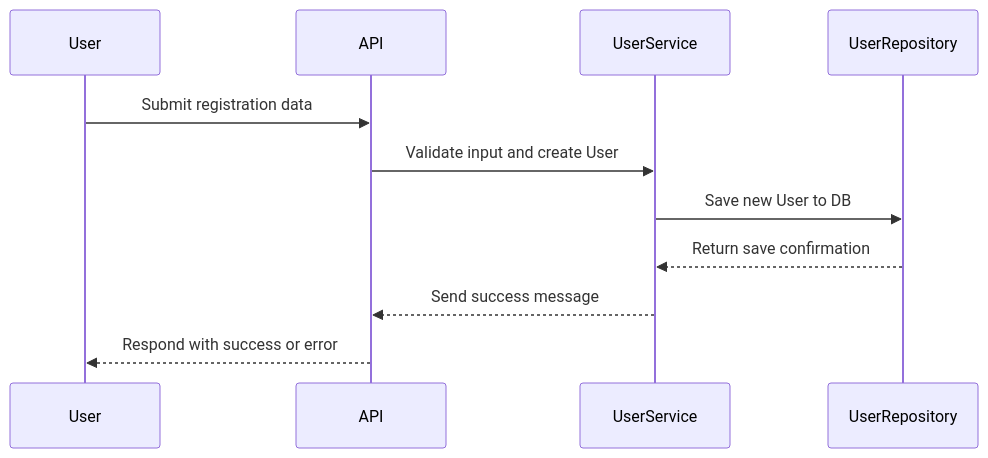
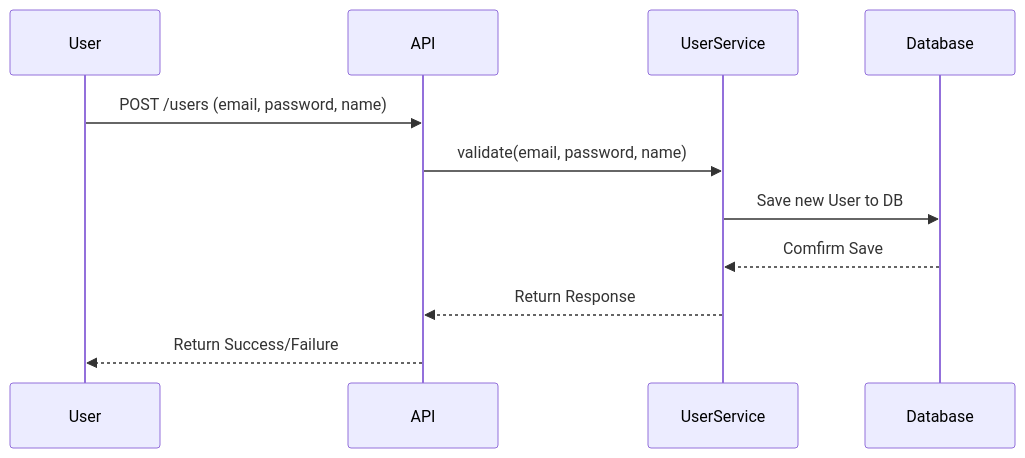
One commit to Roullito/holbertonschool-hbnb changed the third of 6 diagrams in part1/3_Documentation_Compilation.md. Above: the diagram before and after it, drawn with Mermaid. The commit also changed other lines of this file, not shown here.

Commit message:
fix: Sequence Diagrams – API Interaction Flow

````diff
--- a/part1/3_Documentation_Compilation.md
+++ b/part1/3_Documentation_Compilation.md
@@ -131,14 +131,15 @@
 ```mermaid
 sequenceDiagram
-participant User
-participant API
-participant UserService
-participant UserRepository
+    participant User
+    participant API
+    participant UserService
+    participant Database
 
-User ->> API: Submit registration data
-API ->> UserService: Validate input and create User
-UserService ->> UserRepository: Save new User to DB
-UserRepository -->> UserService: Return save confirmation
-UserService -->> API: Send success message
-API -->> User: Respond with success or error
+    User->>API: POST /users (email, password, name)
+    API->>UserService: validate(email, password, name)
+    UserService->>Database: Save new User to DB
+    Database-->>UserService: Comfirm Save
+    UserService-->>API: Return Response
+	API-->>User: Return Success/Failure
+
 ```
````
